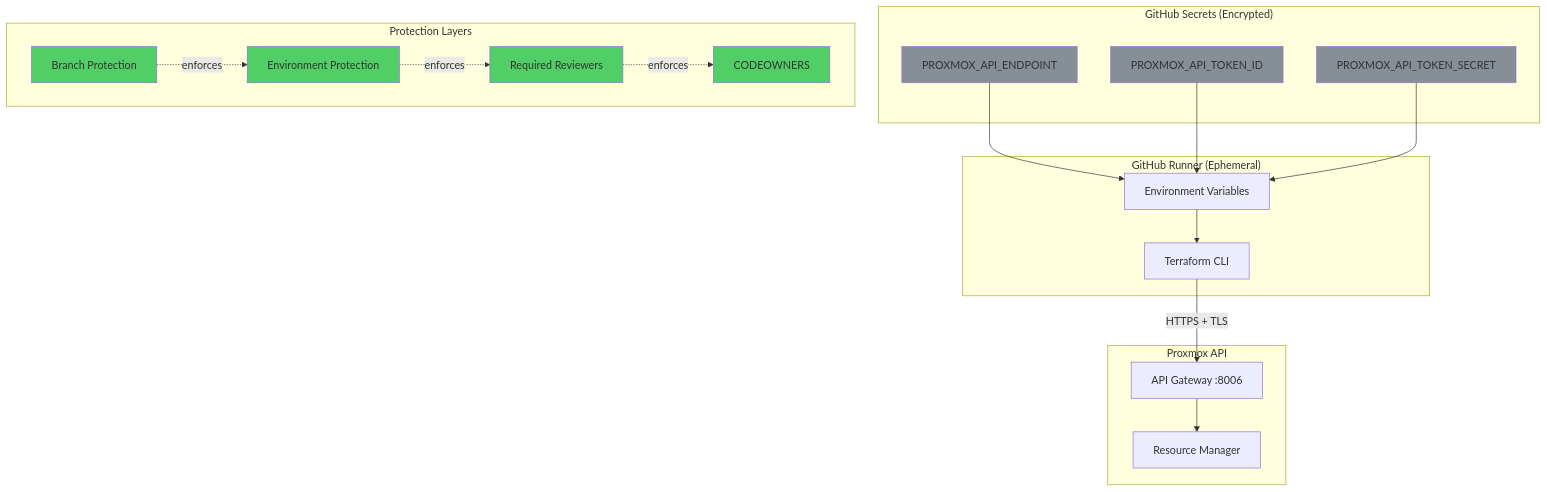
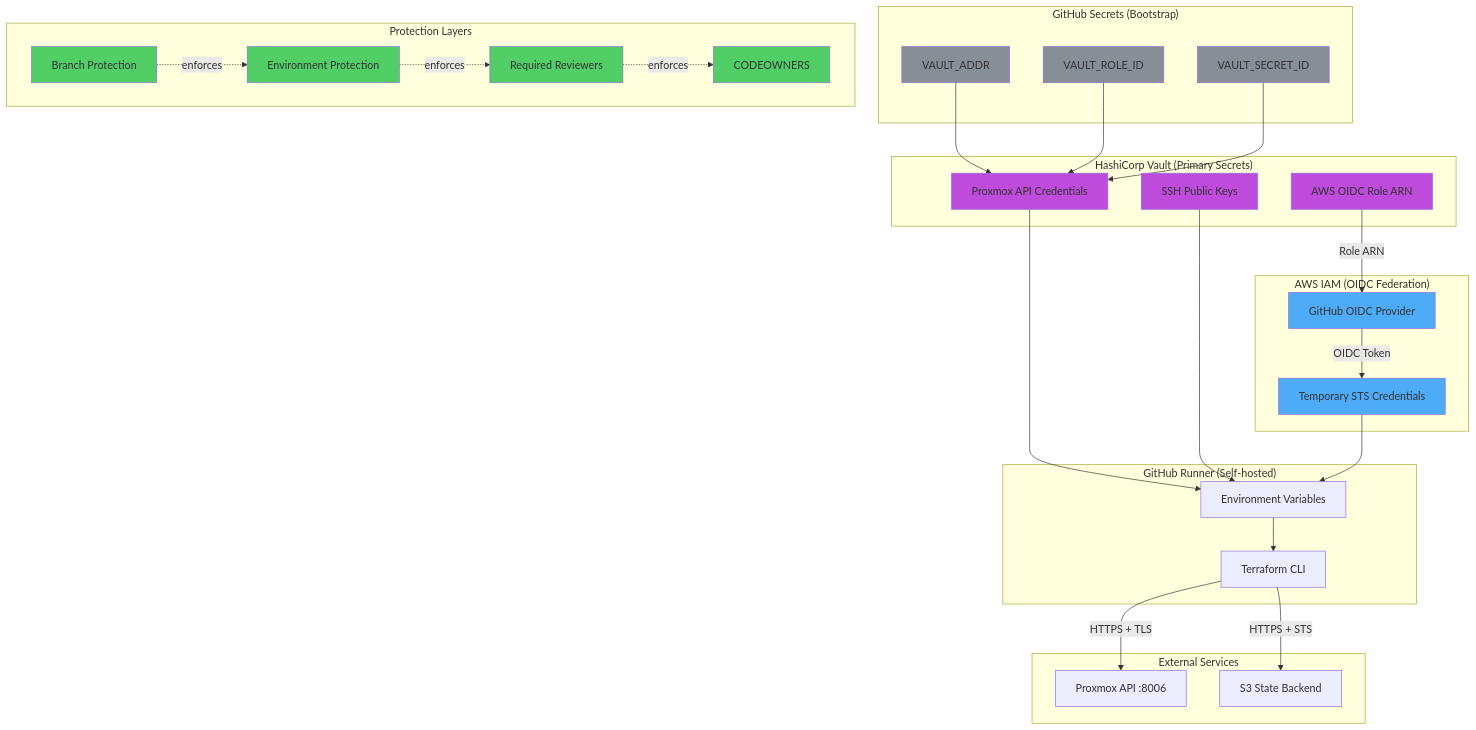
One commit to dranelixx/server-infrastructure changed the sixth of 12 diagrams in .github/workflows/ARCHITECTURE.md. Above: the diagram before and after it, drawn with Mermaid. The commit also changed other lines of this file and 5 other files, not shown here.

First line of the commit message:
docs(ci): update documentation for OIDC federation migration (#61)

````diff
--- a/.github/workflows/ARCHITECTURE.md
+++ b/.github/workflows/ARCHITECTURE.md
@@ -175,44 +175,65 @@
 ```mermaid
 graph TB
-    subgraph "GitHub Secrets (Encrypted)"
-        S1[PROXMOX_API_ENDPOINT]
-        S2[PROXMOX_API_TOKEN_ID]
-        S3[PROXMOX_API_TOKEN_SECRET]
+    subgraph "GitHub Secrets (Bootstrap)"
+        GS1[VAULT_ADDR]
+        GS2[VAULT_ROLE_ID]
+        GS3[VAULT_SECRET_ID]
     end
 
-    subgraph "GitHub Runner (Ephemeral)"
+    subgraph "HashiCorp Vault (Primary Secrets)"
+        V1[Proxmox API Credentials]
+        V2[SSH Public Keys]
+        V3[AWS OIDC Role ARN]
+    end
+
+    subgraph "AWS IAM (OIDC Federation)"
+        OIDC[GitHub OIDC Provider]
+        STS[Temporary STS Credentials]
+    end
+
+    subgraph "GitHub Runner (Self-hosted)"
         R1[Terraform CLI]
         R2[Environment Variables]
     end
 
-    subgraph "Proxmox API"
-        P1[API Gateway :8006]
-        P2[Resource Manager]
+    subgraph "External Services"
+        P1[Proxmox API :8006]
+        S3[S3 State Backend]
     end
 
     subgraph "Protection Layers"
         L1[Branch Protection]
         L2[Environment Protection]
         L3[Required Reviewers]
         L4[CODEOWNERS]
     end
 
-    S1 --> R2
-    S2 --> R2
-    S3 --> R2
+    GS1 --> V1
+    GS2 --> V1
+    GS3 --> V1
+    V1 --> R2
+    V2 --> R2
+    V3 -->|Role ARN| OIDC
+    OIDC -->|OIDC Token| STS
+    STS --> R2
     R2 --> R1
     R1 -->|HTTPS + TLS| P1
-    P1 --> P2
+    R1 -->|HTTPS + STS| S3
 
     L1 -.enforces.-> L2
     L2 -.enforces.-> L3
     L3 -.enforces.-> L4
 
-    style S1 fill:#868e96
-    style S2 fill:#868e96
-    style S3 fill:#868e96
+    style GS1 fill:#868e96
+    style GS2 fill:#868e96
+    style GS3 fill:#868e96
+    style V1 fill:#be4bdb
+    style V2 fill:#be4bdb
+    style V3 fill:#be4bdb
+    style OIDC fill:#4dabf7
+    style STS fill:#4dabf7
     style L1 fill:#51cf66
     style L2 fill:#51cf66
     style L3 fill:#51cf66
     style L4 fill:#51cf66
 ```
````
